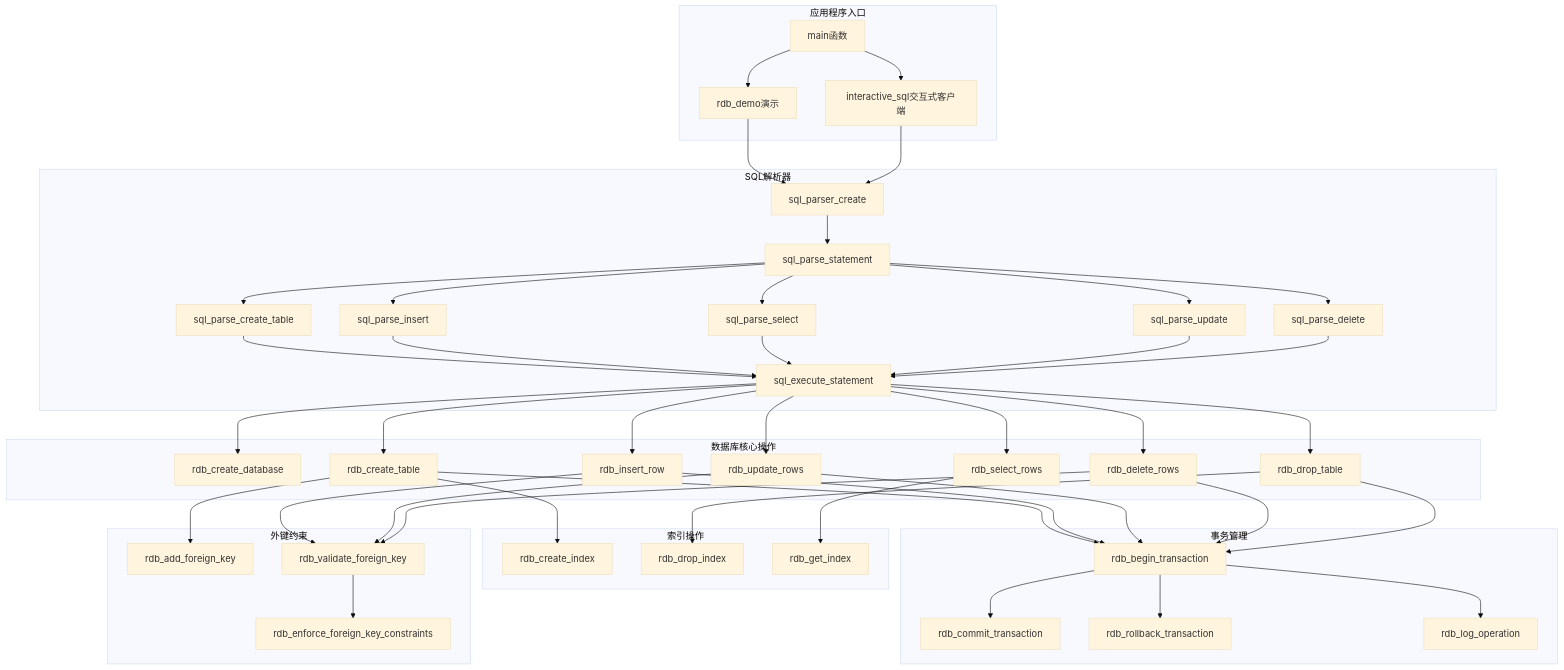
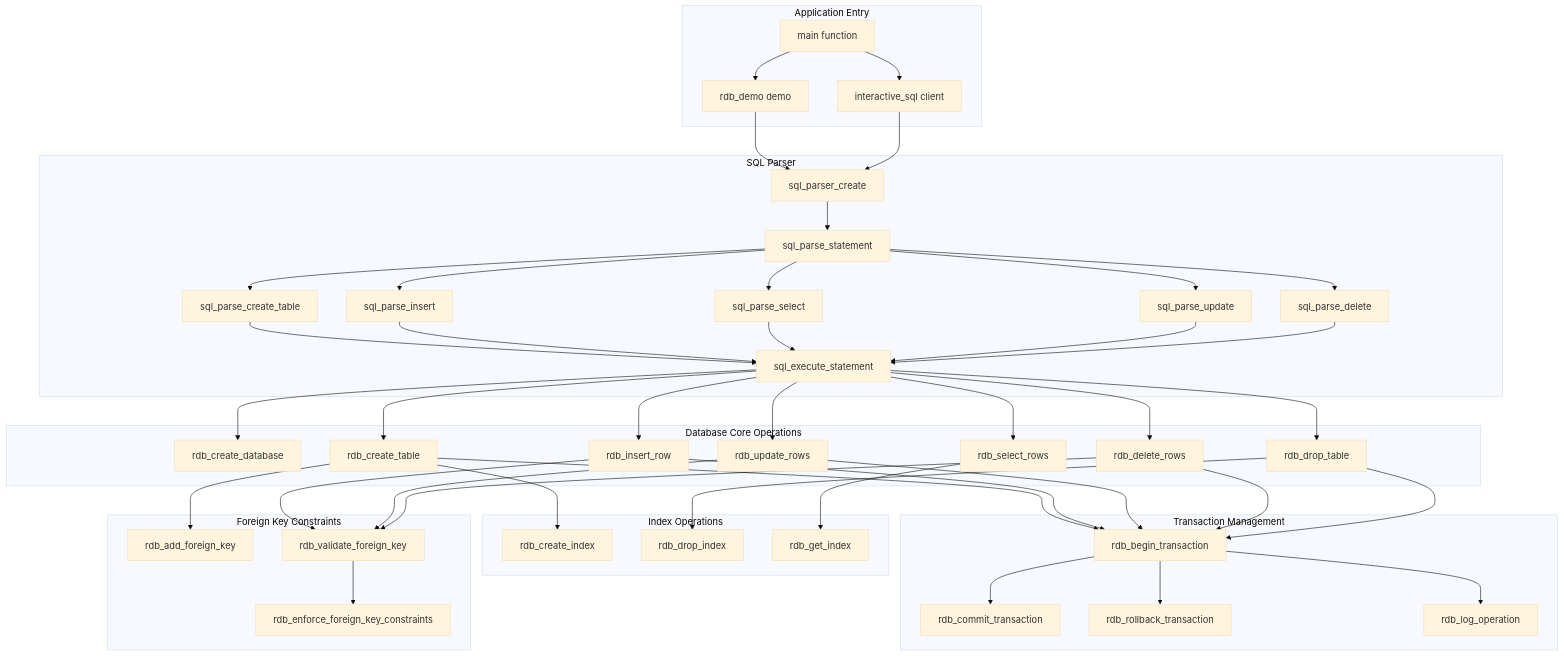
One commit to oxUnd/fi changed the second of 5 diagrams in examples/rdb/README.md. Above: the diagram before and after it, drawn with Mermaid (base theme). The commit also changed other lines of this file, not shown here.

````diff
--- a/examples/rdb/README.md
+++ b/examples/rdb/README.md
@@ -128,49 +128,49 @@
 ```mermaid
 graph TD
-    subgraph "应用程序入口"
-        A[main函数]
-        B[rdb_demo演示]
-        C[interactive_sql交互式客户端]
+    subgraph "Application Entry"
+        A["main function"]
+        B["rdb_demo demo"]
+        C["interactive_sql client"]
     end
     
-    subgraph "SQL解析器"
-        D[sql_parser_create]
-        E[sql_parse_statement]
-        F[sql_parse_create_table]
-        G[sql_parse_insert]
-        H[sql_parse_select]
-        I[sql_parse_update]
-        J[sql_parse_delete]
-        K[sql_execute_statement]
+    subgraph "SQL Parser"
+        D["sql_parser_create"]
+        E["sql_parse_statement"]
+        F["sql_parse_create_table"]
+        G["sql_parse_insert"]
+        H["sql_parse_select"]
+        I["sql_parse_update"]
+        J["sql_parse_delete"]
+        K["sql_execute_statement"]
     end
     
-    subgraph "数据库核心操作"
-        L[rdb_create_database]
-        M[rdb_create_table]
-        N[rdb_insert_row]
-        O[rdb_select_rows]
-        P[rdb_update_rows]
-        Q[rdb_delete_rows]
-        R[rdb_drop_table]
+    subgraph "Database Core Operations"
+        L["rdb_create_database"]
+        M["rdb_create_table"]
+        N["rdb_insert_row"]
+        O["rdb_select_rows"]
+        P["rdb_update_rows"]
+        Q["rdb_delete_rows"]
+        R["rdb_drop_table"]
     end
     
-    subgraph "事务管理"
-        S[rdb_begin_transaction]
-        T[rdb_commit_transaction]
-        U[rdb_rollback_transaction]
-        V[rdb_log_operation]
+    subgraph "Transaction Management"
+        S["rdb_begin_transaction"]
+        T["rdb_commit_transaction"]
+        U["rdb_rollback_transaction"]
+        V["rdb_log_operation"]
     end
     
-    subgraph "索引操作"
-        W[rdb_create_index]
-        X[rdb_drop_index]
-        Y[rdb_get_index]
+    subgraph "Index Operations"
+        W["rdb_create_index"]
+        X["rdb_drop_index"]
+        Y["rdb_get_index"]
     end
     
-    subgraph "外键约束"
-        Z[rdb_add_foreign_key]
-        AA[rdb_validate_foreign_key]
-        BB[rdb_enforce_foreign_key_constraints]
+    subgraph "Foreign Key Constraints"
+        Z["rdb_add_foreign_key"]
+        AA["rdb_validate_foreign_key"]
+        BB["rdb_enforce_foreign_key_constraints"]
     end
     
     A --> B
````
